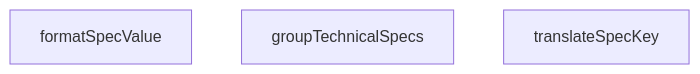
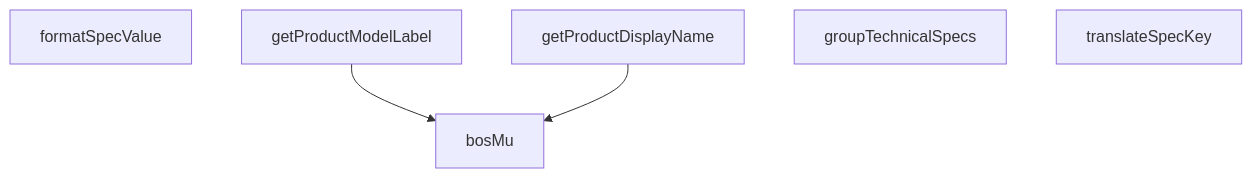
Before and after one commit to peckop/venthub-hvac-esite: the diagram in src/utils/productHelpers.md, drawn with Mermaid. The commit also changed other lines of this file and 22 other files, not shown here.

````diff
--- a/src/utils/productHelpers.md
+++ b/src/utils/productHelpers.md
@@ -112,6 +189,11 @@
 ```mermaid
 graph TD
+    productHelpers_ts__bosMu["bosMu"]
     productHelpers_ts__formatSpecValue["formatSpecValue"]
+    productHelpers_ts__getProductDisplayName["getProductDisplayName"]
+    productHelpers_ts__getProductModelLabel["getProductModelLabel"]
     productHelpers_ts__groupTechnicalSpecs["groupTechnicalSpecs"]
     productHelpers_ts__translateSpecKey["translateSpecKey"]
+    productHelpers_ts__getProductModelLabel --> productHelpers_ts__bosMu
+    productHelpers_ts__getProductDisplayName --> productHelpers_ts__bosMu
 ```
````
